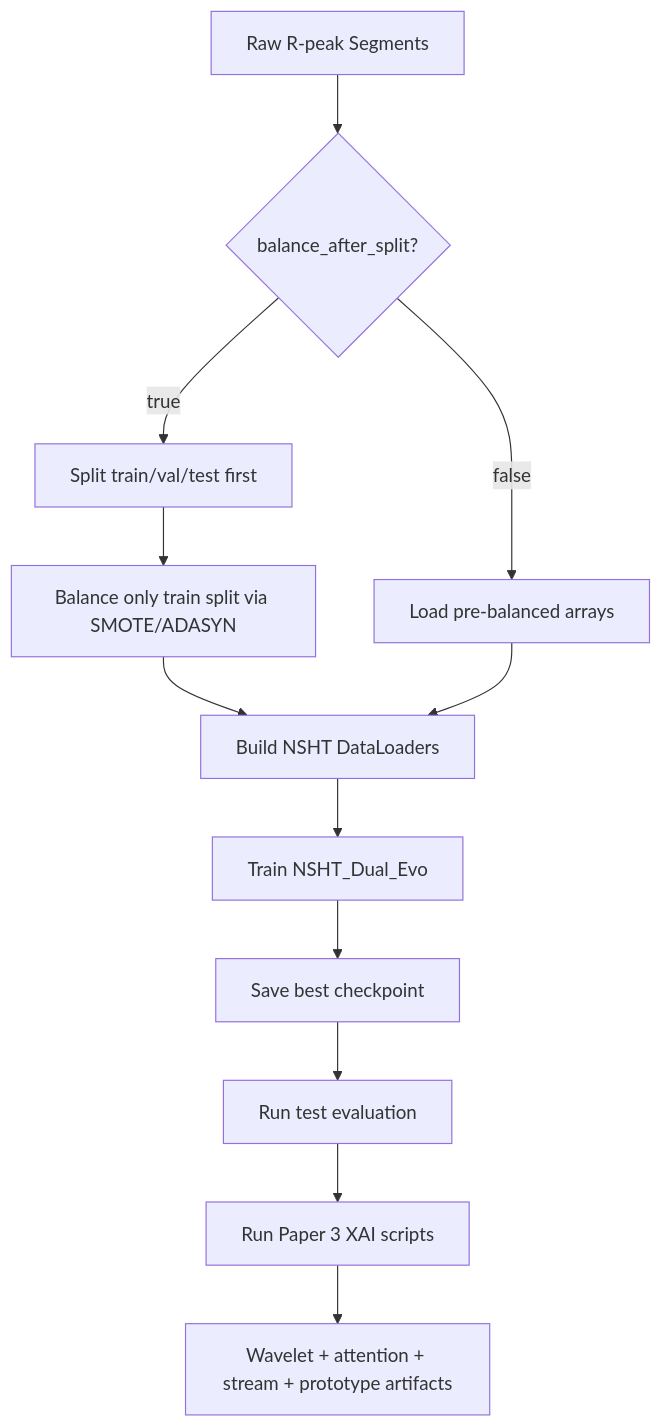
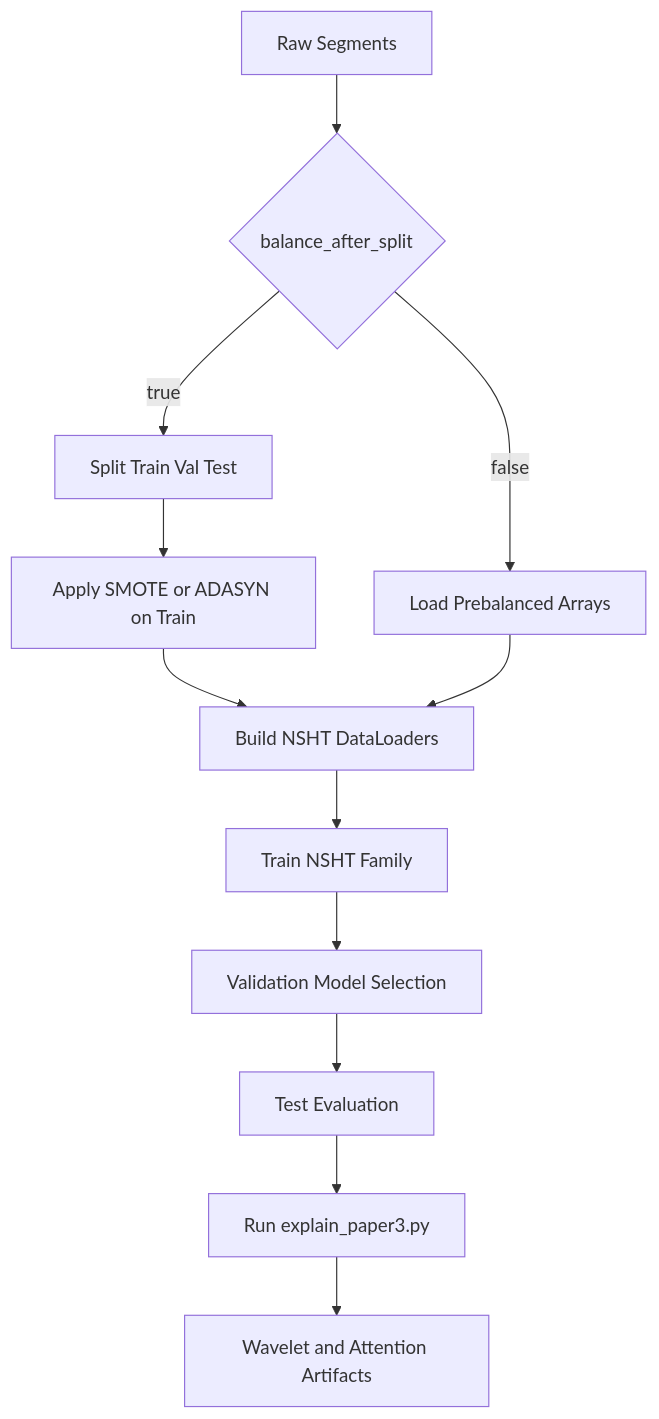
The second of 2 diagrams in NSHT_ARCHITECTURE.md (HardikNegi9/Guide), drawn with Mermaid before and after one commit. The commit also changed other lines of this file and 5 other files, not shown here.

````diff
--- a/NSHT_ARCHITECTURE.md
+++ b/NSHT_ARCHITECTURE.md
@@ -273,14 +457,14 @@
 ```mermaid
 flowchart TD
-    A[Raw R-peak Segments] --> B{balance_after_split?}
-    B -->|true| C[Split train/val/test first]
-    B -->|false| D[Load pre-balanced arrays]
-    C --> E[Balance only train split via SMOTE/ADASYN]
-    E --> F[Build NSHT DataLoaders]
-    D --> F
-    F --> G[Train NSHT_Dual_Evo]
-    G --> H[Save best checkpoint]
-    H --> I[Run test evaluation]
-    I --> J[Run Paper 3 XAI scripts]
-    J --> K[Wavelet + attention + stream + prototype artifacts]
+  A[Raw Segments] --> B{balance_after_split}
+  B -->|true| C[Split Train Val Test]
+  B -->|false| D[Load Prebalanced Arrays]
+  C --> E[Apply SMOTE or ADASYN on Train]
+  E --> F[Build NSHT DataLoaders]
+  D --> F
+  F --> G[Train NSHT Family]
+  G --> H[Validation Model Selection]
+  H --> I[Test Evaluation]
+  I --> J[Run explain_paper3.py]
+  J --> K[Wavelet and Attention Artifacts]
 ```
````
